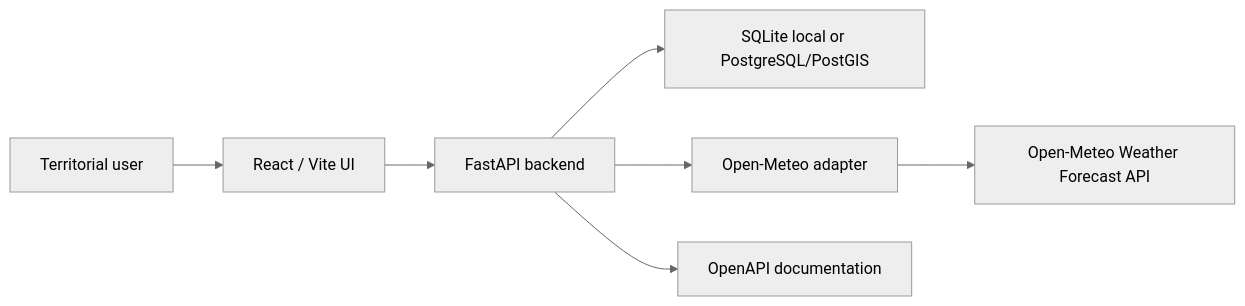
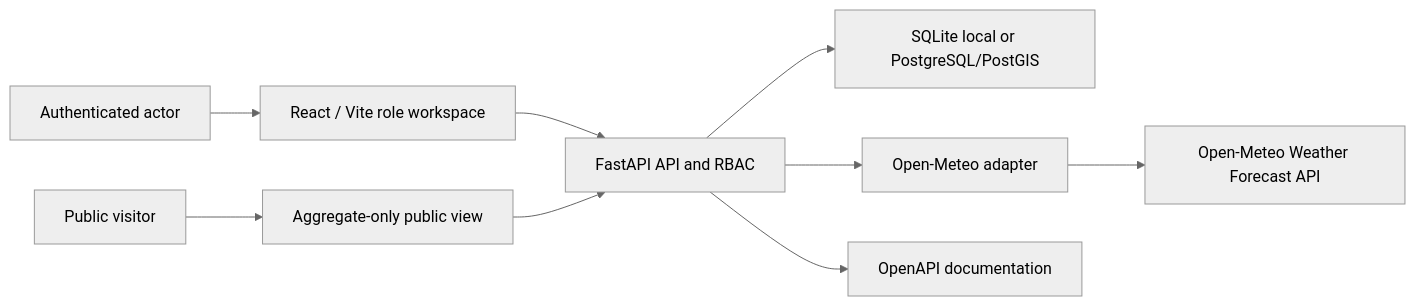
The first of 2 diagrams in docs/architecture.md (Carlos-Hub1111/infinity-atlas-climate-health-mrv), drawn with Mermaid (neutral theme) before and after one commit. The commit also changed other lines of this file and 39 other files, not shown here.

````diff
--- a/docs/architecture.md
+++ b/docs/architecture.md
@@ -16,9 +16,11 @@
 ```mermaid
 flowchart LR
-    User["Territorial user"] --> Frontend["React / Vite UI"]
-    Frontend --> API["FastAPI backend"]
+    Actor["Authenticated actor"] --> UI["React / Vite role workspace"]
+    Public["Public visitor"] --> Aggregate["Aggregate-only public view"]
+    UI --> API["FastAPI API and RBAC"]
+    Aggregate --> API
     API --> DB["SQLite local or PostgreSQL/PostGIS"]
-    API --> Adapter["Open-Meteo adapter"]
-    Adapter --> Provider["Open-Meteo Weather Forecast API"]
+    API --> Climate["Open-Meteo adapter"]
+    Climate --> Provider["Open-Meteo Weather Forecast API"]
     API --> OpenAPI["OpenAPI documentation"]
 ```
````
